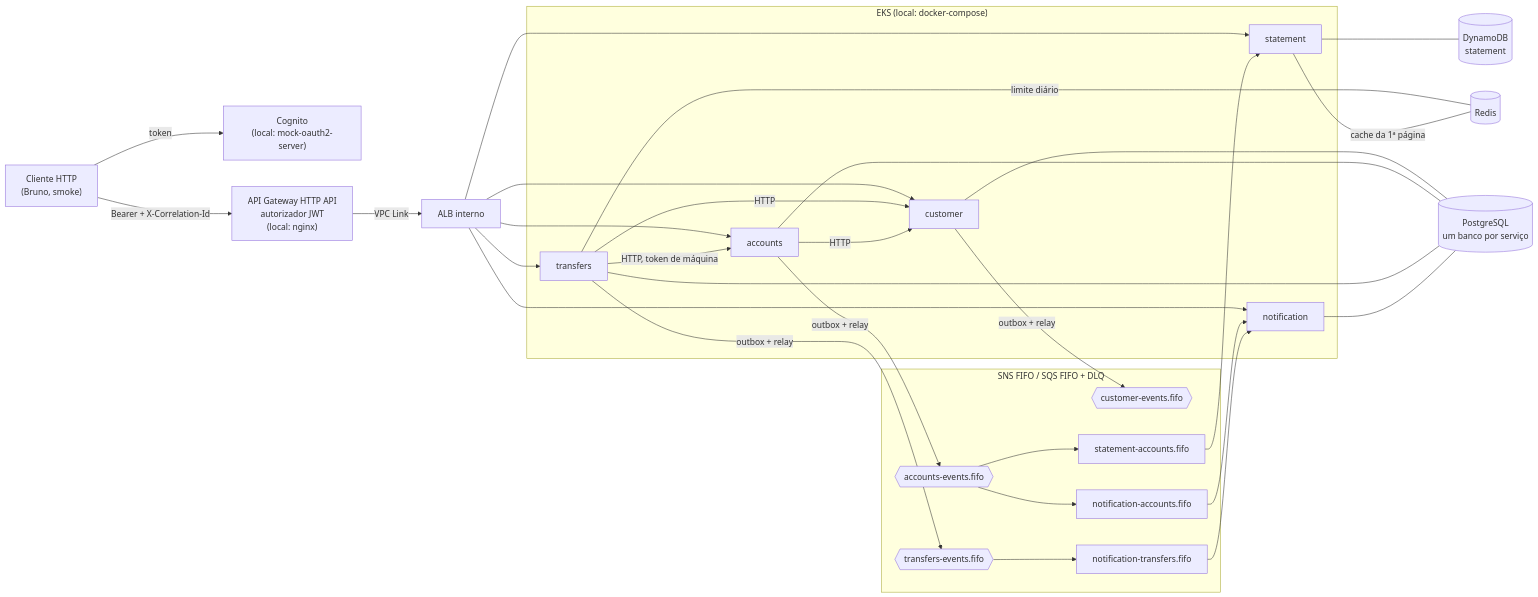
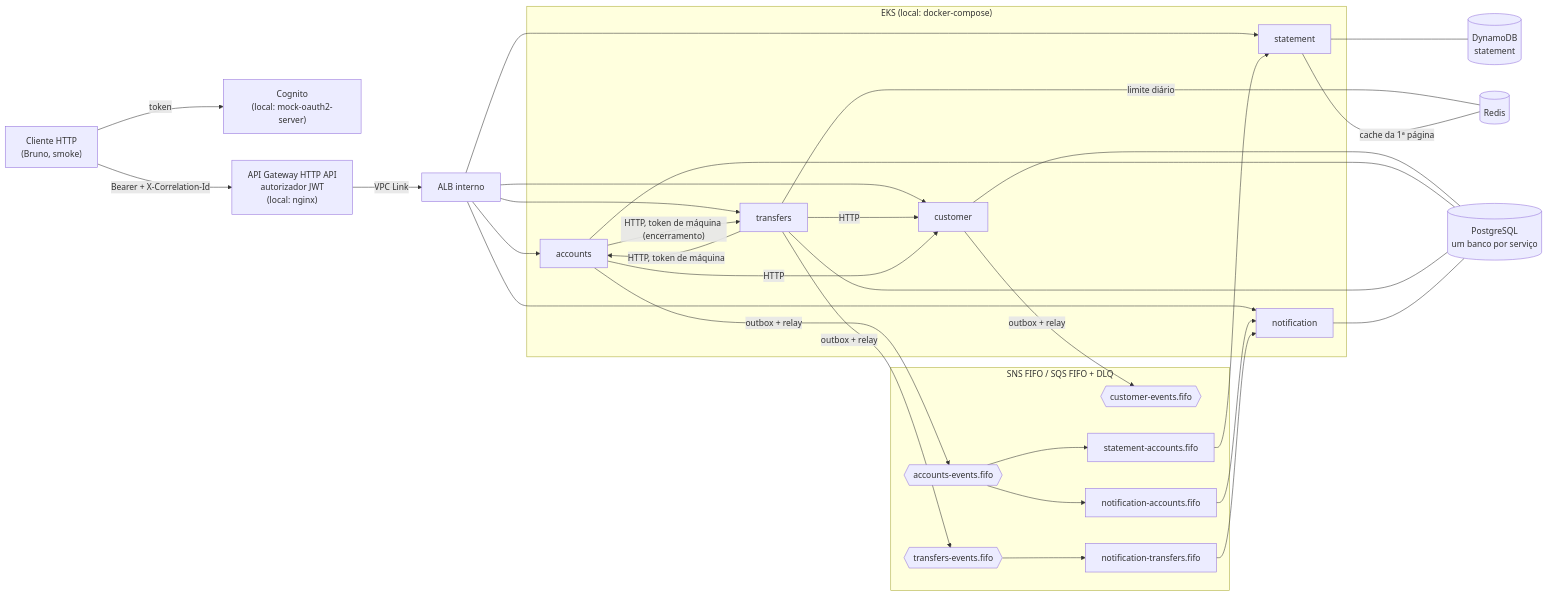
Before and after one commit to capozziV/DigitalBanking: the diagram in README.md, drawn with Mermaid. The commit also changed 4 other files, not shown here.

````diff
--- a/README.md
+++ b/README.md
@@ -17,55 +17,56 @@
 ```mermaid
 flowchart LR
     client["Cliente HTTP<br/>(Bruno, smoke)"]
     idp["Cognito<br/>(local: mock-oauth2-server)"]
     edge["API Gateway HTTP API<br/>autorizador JWT<br/>(local: nginx)"]
     alb["ALB interno"]
 
     client -- "token" --> idp
     client -- "Bearer + X-Correlation-Id" --> edge
     edge -- "VPC Link" --> alb
 
     subgraph eks["EKS (local: docker-compose)"]
         customer["customer"]
         accounts["accounts"]
         transfers["transfers"]
         statement["statement"]
         notification["notification"]
     end
 
     alb --> customer & accounts & transfers & statement & notification
 
     transfers -- "HTTP, token de máquina" --> accounts
     transfers -- "HTTP" --> customer
     accounts -- "HTTP" --> customer
+    accounts -- "HTTP, token de máquina (encerramento)" --> transfers
 
     pg[("PostgreSQL<br/>um banco por serviço")]
     redis[("Redis")]
     ddb[("DynamoDB<br/>statement")]
 
     customer --- pg
     accounts --- pg
     transfers --- pg
     notification --- pg
     transfers -- "limite diário" --- redis
     statement -- "cache da 1ª página" --- redis
     statement --- ddb
 
     subgraph msg["SNS FIFO / SQS FIFO + DLQ"]
         accEv{{"accounts-events.fifo"}}
         trfEv{{"transfers-events.fifo"}}
         cusEv{{"customer-events.fifo"}}
         qNA["notification-accounts.fifo"]
         qNT["notification-transfers.fifo"]
         qSA["statement-accounts.fifo"]
     end
 
     accounts -- "outbox + relay" --> accEv
     transfers -- "outbox + relay" --> trfEv
     customer -- "outbox + relay" --> cusEv
     accEv --> qNA & qSA
     trfEv --> qNT
     qNA --> notification
     qNT --> notification
     qSA --> statement
 ```
````
